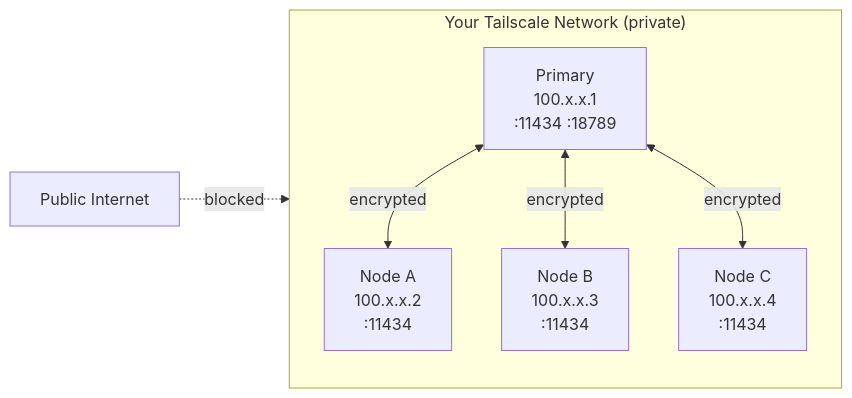
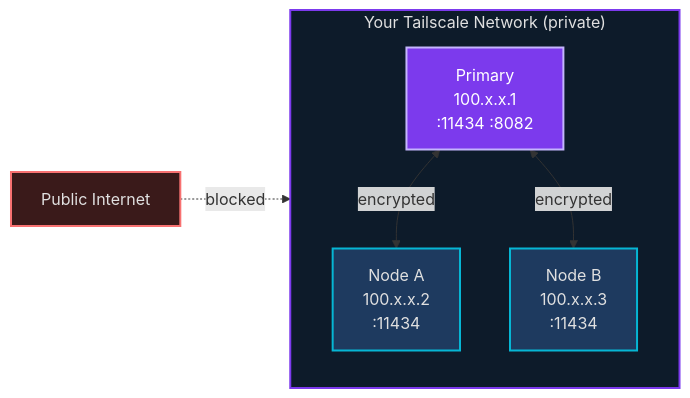
One commit to mvalancy/tritium-coder changed the second of 2 diagrams in docs/mesh.md. Above: the diagram before and after it, drawn with Mermaid. The commit also changed other lines of this file and 16 other files, not shown here.

````diff
--- a/docs/mesh.md
+++ b/docs/mesh.md
@@ -133,15 +84,19 @@
 ```mermaid
 flowchart LR
     subgraph Tailnet["Your Tailscale Network (private)"]
-        P["Primary\n100.x.x.1\n:11434 :18789"]
-        A["Node A\n100.x.x.2\n:11434"]
-        B["Node B\n100.x.x.3\n:11434"]
-        C["Node C\n100.x.x.4\n:11434"]
+        P["Primary<br/>100.x.x.1<br/>:11434 :8082"]
+        A["Node A<br/>100.x.x.2<br/>:11434"]
+        B["Node B<br/>100.x.x.3<br/>:11434"]
 
         P <-->|"encrypted"| A
         P <-->|"encrypted"| B
-        P <-->|"encrypted"| C
     end
 
     Internet["Public Internet"] -.->|"blocked"| Tailnet
+
+    style Tailnet fill:#0d1b2a,stroke:#7c3aed,color:#e0e0e0,stroke-width:2px
+    style P fill:#7c3aed,stroke:#c4b5fd,color:#ffffff,stroke-width:2px
+    style A fill:#1e3a5f,stroke:#06b6d4,color:#e0e0e0,stroke-width:2px
+    style B fill:#1e3a5f,stroke:#06b6d4,color:#e0e0e0,stroke-width:2px
+    style Internet fill:#3a1a1a,stroke:#f87171,color:#e0e0e0,stroke-width:2px
 ```
````
